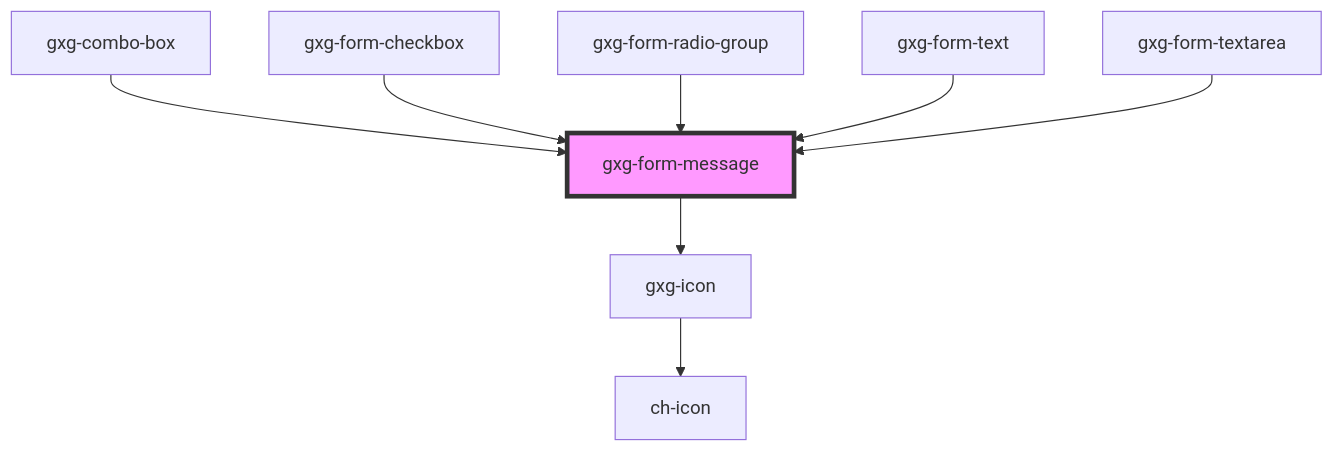
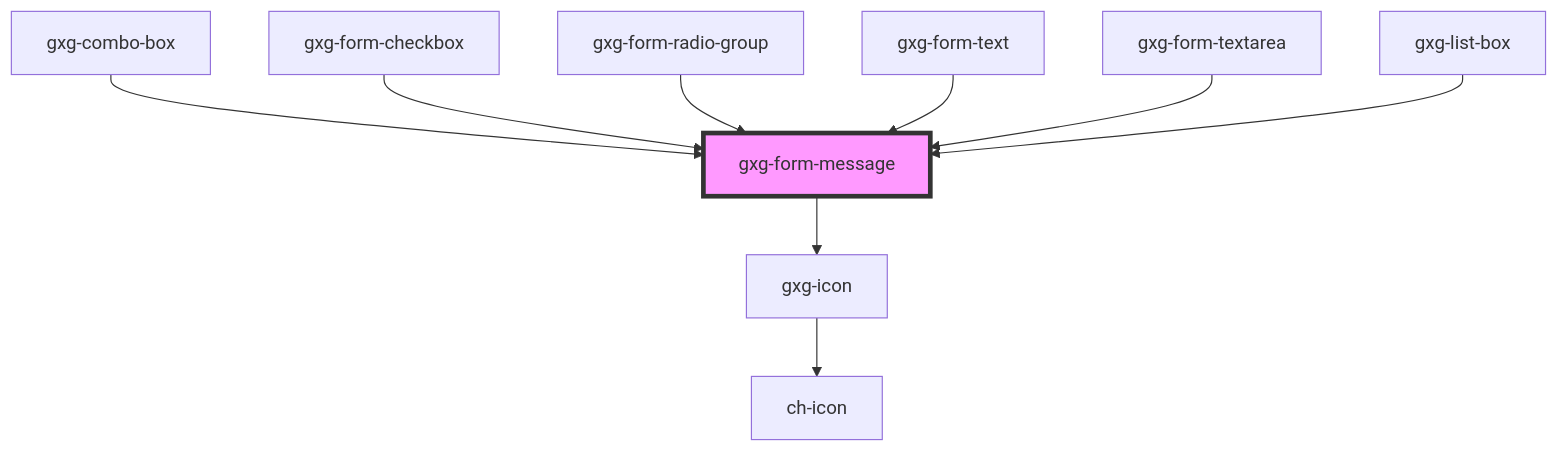
Before and after one commit to genexuslabs/gemini: the diagram in src/components/form-message/readme.md, drawn with Mermaid. The commit also changed other lines of this file and 33 other files, not shown here.

````diff
--- a/src/components/form-message/readme.md
+++ b/src/components/form-message/readme.md
@@ -32,11 +33,12 @@
 ```mermaid
 graph TD;
   gxg-form-message --> gxg-icon
   gxg-icon --> ch-icon
   gxg-combo-box --> gxg-form-message
   gxg-form-checkbox --> gxg-form-message
   gxg-form-radio-group --> gxg-form-message
   gxg-form-text --> gxg-form-message
   gxg-form-textarea --> gxg-form-message
+  gxg-list-box --> gxg-form-message
   style gxg-form-message fill:#f9f,stroke:#333,stroke-width:4px
 ```
````
